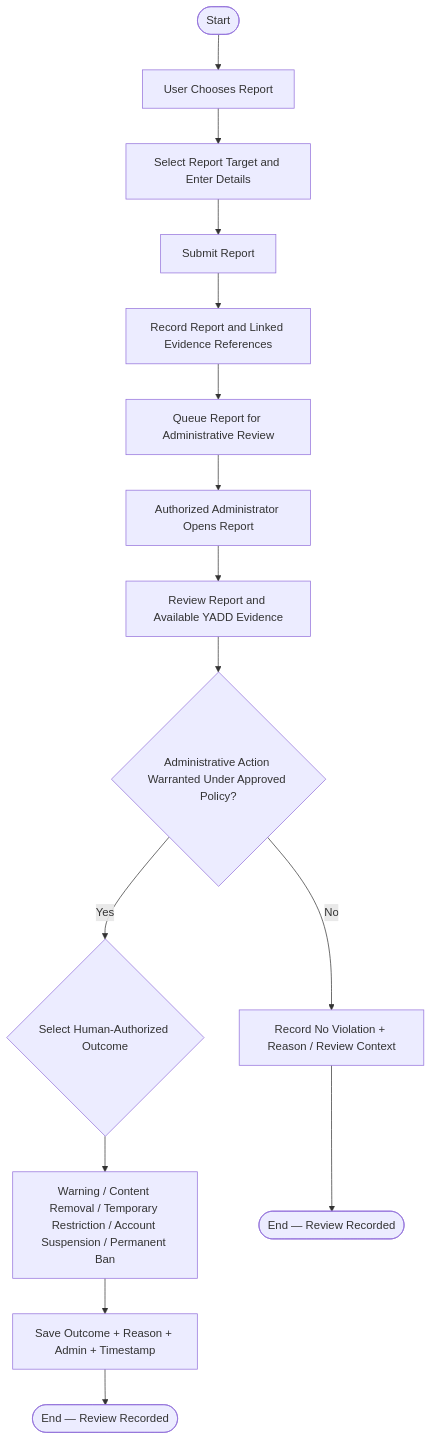
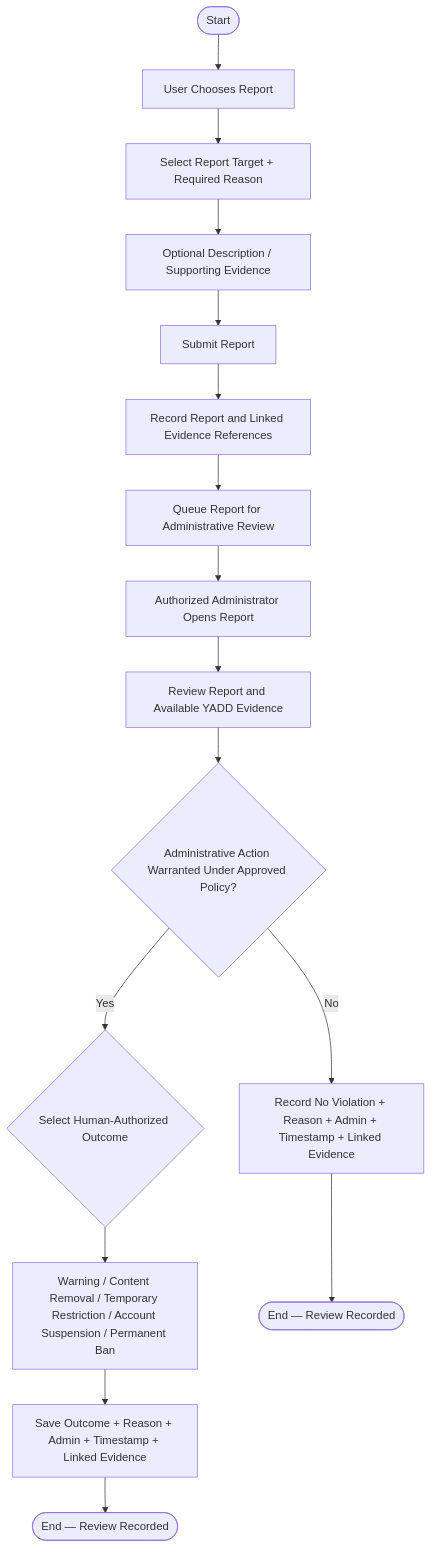
One commit to Yadd-SanaaUniversityGraduationProject/yadd changed the diagram in diagrams/03-analysis/uml/activity/activity-report-administrative-review.md. Above: the diagram before and after it, drawn with Mermaid. The commit also changed other lines of this file, not shown here.

Commit message:
Synchronize report activity with current report input and moderation audit rules

````diff
--- a/diagrams/03-analysis/uml/activity/activity-report-administrative-review.md
+++ b/diagrams/03-analysis/uml/activity/activity-report-administrative-review.md
@@ -16,19 +16,20 @@
 ```mermaid
 flowchart TD
     S([Start]) --> A[User Chooses Report]
-    A --> B[Select Report Target and Enter Details]
-    B --> C[Submit Report]
+    A --> B[Select Report Target + Required Reason]
+    B --> B1[Optional Description / Supporting Evidence]
+    B1 --> C[Submit Report]
     C --> D[Record Report and Linked Evidence References]
     D --> E[Queue Report for Administrative Review]
     E --> F[Authorized Administrator Opens Report]
     F --> G[Review Report and Available YADD Evidence]
 
     G --> H{Administrative Action Warranted Under Approved Policy?}
     H -- Yes --> I{Select Human-Authorized Outcome}
     I --> I1[Warning / Content Removal / Temporary Restriction / Account Suspension / Permanent Ban]
-    I1 --> J[Save Outcome + Reason + Admin + Timestamp]
+    I1 --> J[Save Outcome + Reason + Admin + Timestamp + Linked Evidence]
     J --> Z1([End — Review Recorded])
 
-    H -- No --> K[Record No Violation + Reason / Review Context]
+    H -- No --> K[Record No Violation + Reason + Admin + Timestamp + Linked Evidence]
     K --> Z2([End — Review Recorded])
 ```
````
